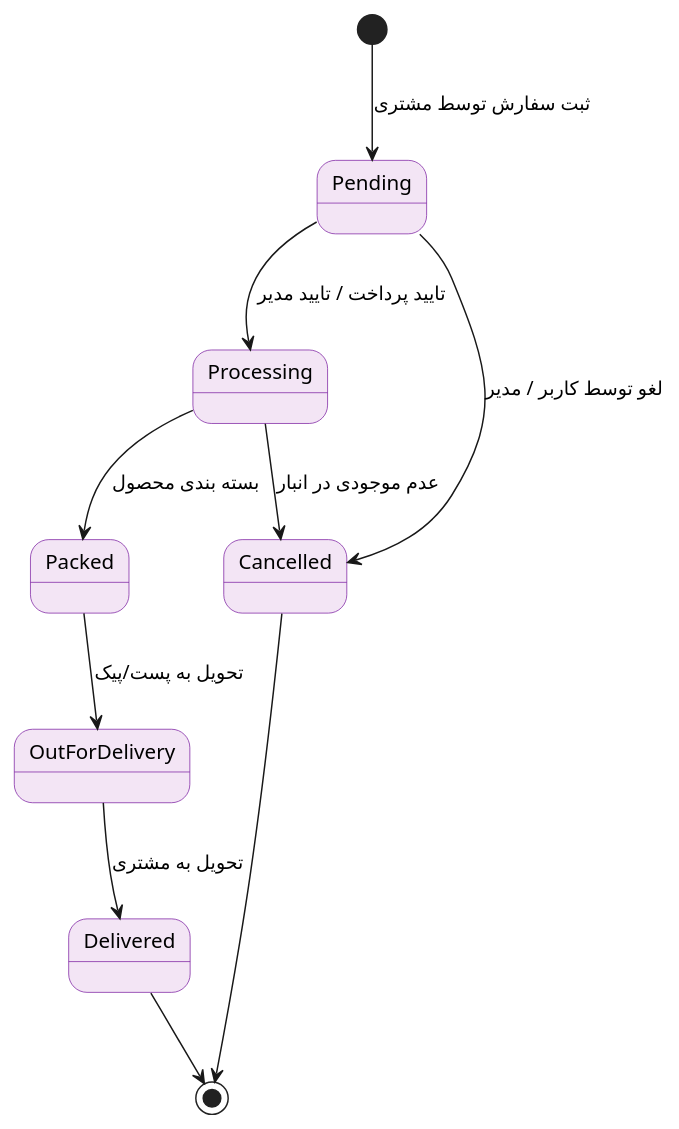
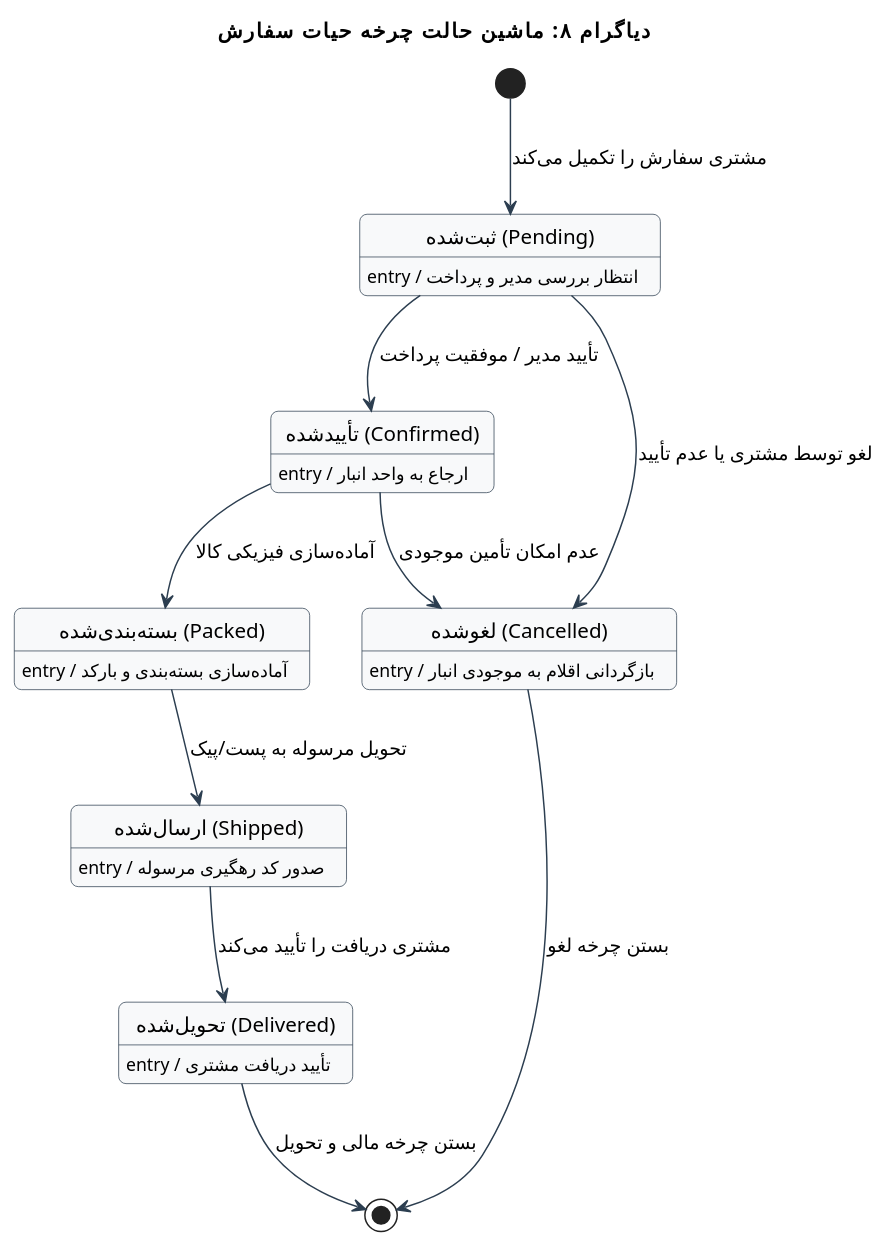
Before and after one commit to Silent-Galaxy/cbpos: the eighth of 10 diagrams in readme.md, drawn with PlantUML. The commit also changed other lines of this file, not shown here.

````diff
--- a/readme.md
+++ b/readme.md
@@ -371,22 +1020,39 @@
 ```plantuml
 @startuml
+title دیاگرام ۸: ماشین حالت چرخه حیات سفارش
+skinparam roundcorner 10
+skinparam shadowing false
+skinparam defaultFontName "Arial"
 skinparam state {
-  BackgroundColor #F3E5F5
-  BorderColor #7B1FA2
+  BackgroundColor #F8F9FA
+  BorderColor #2C3E50
+  ArrowColor #2C3E50
+  StartColor #198754
+  EndColor #DC3545
 }
 
-[*] --> Pending : ثبت سفارش توسط مشتری
+state "ثبت‌شده (Pending)" as Pending
+state "تأییدشده (Confirmed)" as Confirmed
+state "بسته‌بندی‌شده (Packed)" as Packed
+state "ارسال‌شده (Shipped)" as Shipped
+state "تحویل‌شده (Delivered)" as Delivered
+state "لغوشده (Cancelled)" as Cancelled
 
-Pending --> Processing : تایید پرداخت / تایید مدیر
-Pending --> Cancelled : لغو توسط کاربر / مدیر
+Pending : entry / انتظار بررسی مدیر و پرداخت
+Confirmed : entry / ارجاع به واحد انبار
+Packed : entry / آماده‌سازی بسته‌بندی و بارکد
+Shipped : entry / صدور کد رهگیری مرسوله
+Delivered : entry / تأیید دریافت مشتری
+Cancelled : entry / بازگردانی اقلام به موجودی انبار
 
-Processing --> Packed : بسته بندی محصول
-Processing --> Cancelled : عدم موجودی در انبار
-
-Packed --> OutForDelivery : تحویل به پست/پیک
-OutForDelivery --> Delivered : تحویل به مشتری
-
-Delivered --> [*]
-Cancelled --> [*]
+[*] --> Pending : مشتری سفارش را تکمیل می‌کند
+Pending --> Confirmed : تأیید مدیر / موفقیت پرداخت
+Pending --> Cancelled : لغو توسط مشتری یا عدم تأیید
+Confirmed --> Packed : آماده‌سازی فیزیکی کالا
+Confirmed --> Cancelled : عدم امکان تأمین موجودی
+Packed --> Shipped : تحویل مرسوله به پست/پیک
+Shipped --> Delivered : مشتری دریافت را تأیید می‌کند
+Cancelled --> [*] : بستن چرخه لغو
+Delivered --> [*] : بستن چرخه مالی و تحویل
 @enduml
 ```
````
